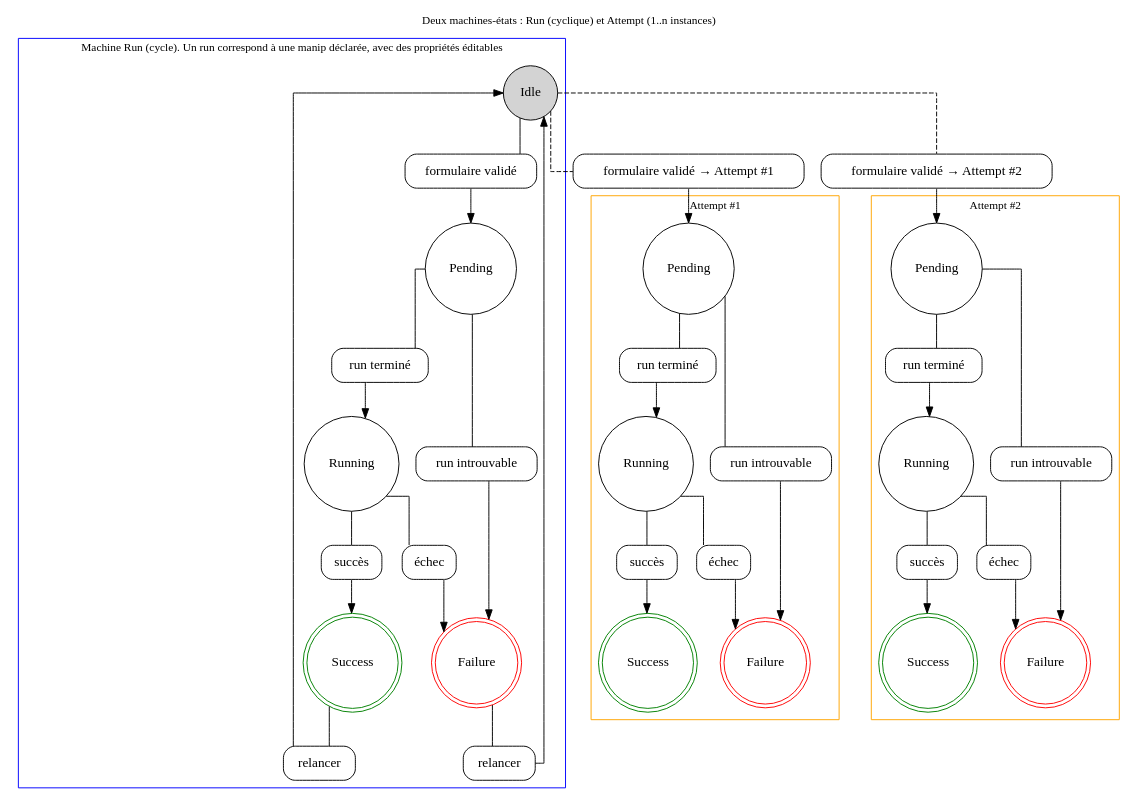
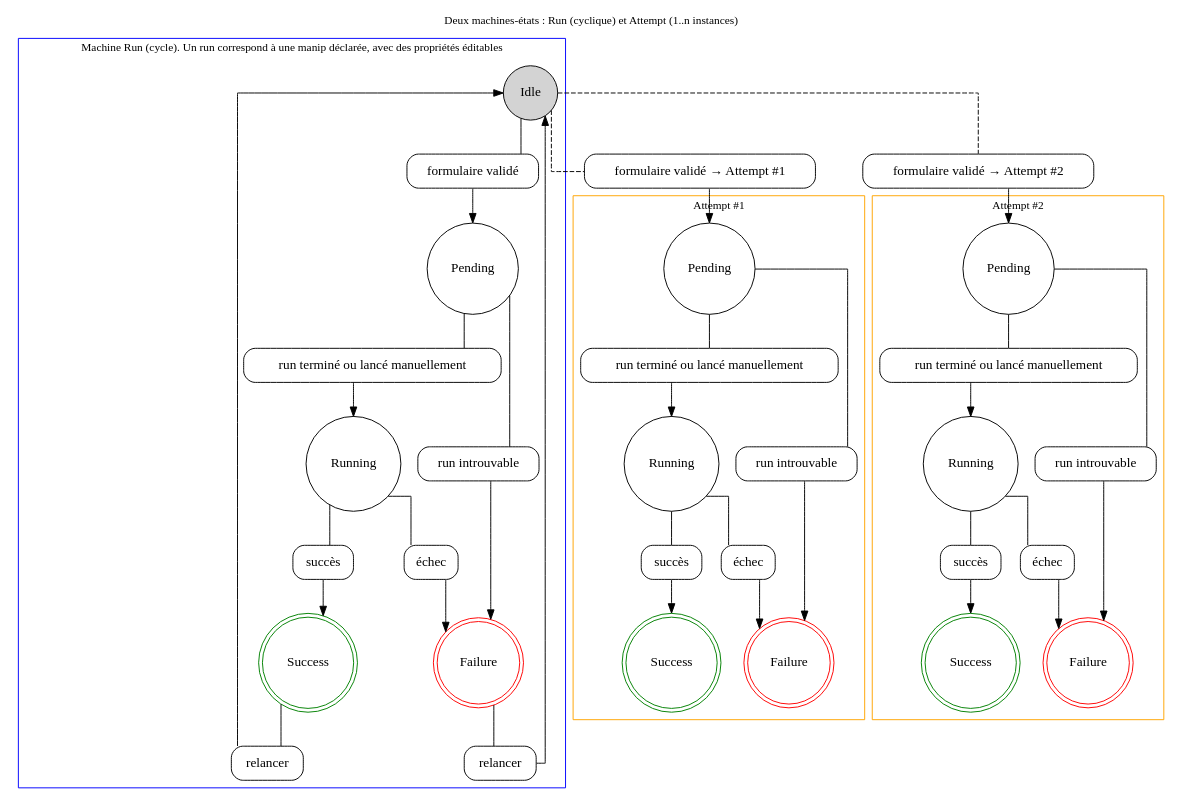
One commit to SteampunkIslande/mercure changed the diagram in runs-machine-etat.dot. Above: the diagram before and after it, drawn with Graphviz. The commit also changed 1 other file, not shown here.

```diff
--- a/runs-machine-etat.dot
+++ b/runs-machine-etat.dot
@@ -1,121 +1,121 @@
 digraph Machines {
     rankdir=TB;
     fontsize=12;
     labelloc="t";
     splines=ortho;
     label="Deux machines-états : Run (cyclique) et Attempt (1..n instances)";
 
     // ---------------------
     // Machine Run (cyclique)
     // ---------------------
     subgraph cluster_run {
         label="Machine Run (cycle). Un run correspond à une manip déclarée, avec des propriétés éditables";
         color=blue;
 
         Idle [shape=circle, style=filled, fillcolor=lightgrey];
         Pending [shape=circle];
         Running [shape=circle];
         Success [shape=doublecircle, color=green];
         Failure [shape=doublecircle, color=red];
 
         // Transitions avec cartouches
         Idle -> t_formval [arrowhead=none];
         t_formval [shape=box, label="formulaire validé", style=rounded, fillcolor=white];
         t_formval -> Pending;
 
         Pending -> t_runterm [arrowhead=none];
-        t_runterm [shape=box, label="run terminé", style=rounded, fillcolor=white];
+        t_runterm [shape=box, label="run terminé ou lancé manuellement", style=rounded, fillcolor=white];
         t_runterm -> Running;
 
         Running -> t_success [arrowhead=none];
         t_success [shape=box, label="succès", style=rounded, fillcolor=white];
         t_success -> Success;
 
         Running -> t_failure [arrowhead=none];
         t_failure [shape=box, label="échec", style=rounded, fillcolor=white];
         t_failure -> Failure;
 
         Pending -> t_notfound [arrowhead=none];
         t_notfound [shape=box, label="run introuvable", style=rounded, fillcolor=white];
         t_notfound -> Failure;
 
         Success -> t_relancer1 [arrowhead=none];
         t_relancer1 [shape=box, label="relancer", style=rounded, fillcolor=white];
         t_relancer1 -> Idle;
 
         Failure -> t_relancer2 [arrowhead=none];
         t_relancer2 [shape=box, label="relancer", style=rounded, fillcolor=white];
         t_relancer2 -> Idle;
     }
 
     // ---------------------
     // Machine Attempt #1
     // ---------------------
     subgraph cluster_attempt1 {
         label="Attempt #1";
         color=orange;
 
         a1_Pending [label="Pending", shape=circle];
         a1_Running [label="Running", shape=circle];
         a1_Success [label="Success", shape=doublecircle, color=green];
         a1_Failure [label="Failure", shape=doublecircle, color=red];
 
         a1_Pending -> ta1_runterm [arrowhead=none];
-        ta1_runterm [shape=box, label="run terminé", style=rounded, fillcolor=white];
+        ta1_runterm [shape=box, label="run terminé ou lancé manuellement", style=rounded, fillcolor=white];
         ta1_runterm -> a1_Running;
 
         a1_Pending -> ta1_notfound [arrowhead=none];
         ta1_notfound [shape=box, label="run introuvable", style=rounded, fillcolor=white];
         ta1_notfound -> a1_Failure;
 
         a1_Running -> ta1_success [arrowhead=none];
         ta1_success [shape=box, label="succès", style=rounded, fillcolor=white];
         ta1_success -> a1_Success;
 
         a1_Running -> ta1_failure [arrowhead=none];
         ta1_failure [shape=box, label="échec", style=rounded, fillcolor=white];
         ta1_failure -> a1_Failure;
     }
 
     // ---------------------
     // Machine Attempt #2
     // ---------------------
     subgraph cluster_attempt2 {
         label="Attempt #2";
         color=orange;
 
         a2_Pending [label="Pending", shape=circle];
         a2_Running [label="Running", shape=circle];
         a2_Success [label="Success", shape=doublecircle, color=green];
         a2_Failure [label="Failure", shape=doublecircle, color=red];
 
         a2_Pending -> ta2_runterm [arrowhead=none];
-        ta2_runterm [shape=box, label="run terminé", style=rounded, fillcolor=white];
+        ta2_runterm [shape=box, label="run terminé ou lancé manuellement", style=rounded, fillcolor=white];
         ta2_runterm -> a2_Running;
 
         a2_Pending -> ta2_notfound [arrowhead=none];
         ta2_notfound [shape=box, label="run introuvable", style=rounded, fillcolor=white];
         ta2_notfound -> a2_Failure;
 
         a2_Running -> ta2_success [arrowhead=none];
         ta2_success [shape=box, label="succès", style=rounded, fillcolor=white];
         ta2_success -> a2_Success;
 
         a2_Running -> ta2_failure [arrowhead=none];
         ta2_failure [shape=box, label="échec", style=rounded, fillcolor=white];
         ta2_failure -> a2_Failure;
     }
 
     // ---------------------
     // Liens entre Run et Attempts
     // ---------------------
     Idle -> ta1_start [arrowhead=none, style=dashed];
     ta1_start [shape=box, label="formulaire validé → Attempt #1", style=rounded, fillcolor=white];
     ta1_start -> a1_Pending;
 
     Idle -> ta2_start [arrowhead=none, style=dashed];
     ta2_start [shape=box, label="formulaire validé → Attempt #2", style=rounded, fillcolor=white];
     ta2_start -> a2_Pending;
 
     
 }
```
